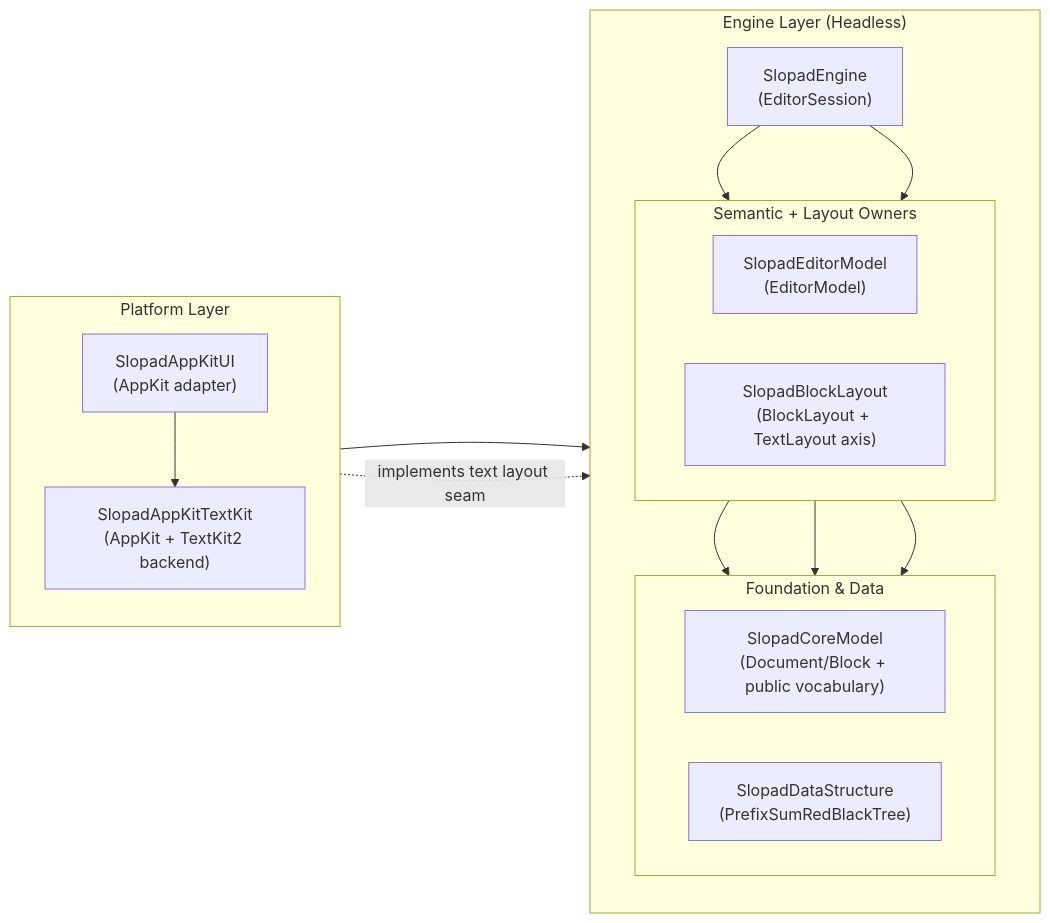
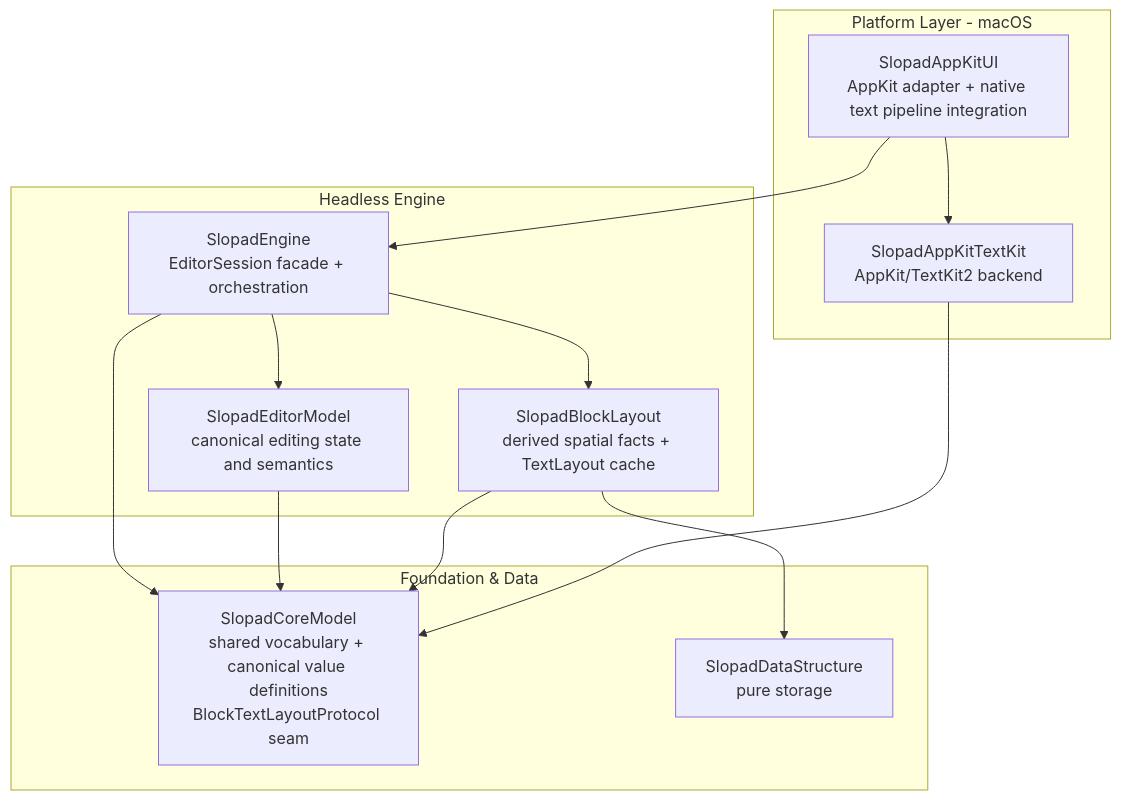
One commit to hot666666/Slopad changed the diagram in README.md. Above: the diagram before and after it, drawn with Mermaid. The commit also changed other lines of this file and 12 other files, not shown here.

Commit message:
docs: document platform and engine architecture

````diff
--- a/README.md
+++ b/README.md
@@ -58,37 +60,30 @@
 ```mermaid
-flowchart LR
-    subgraph EngineLayer["Engine Layer (Headless)"]
-        direction TB
-
-        Session["SlopadEngine<br/>(EditorSession)"]
-
-        subgraph RuntimeOwners["Semantic + Layout Owners"]
-            direction LR
-            Model["SlopadEditorModel<br/>(EditorModel)"]
-            Layout["SlopadBlockLayout<br/>(BlockLayout + TextLayout axis)"]
-        end
-
-        subgraph Foundation["Foundation & Data"]
-            direction LR
-            Core["SlopadCoreModel<br/>(Document/Block + public vocabulary)"]
-            DataStructure["SlopadDataStructure<br/>(PrefixSumRedBlackTree)"]
-        end
-
-        Session --> Model
-        Session --> Layout
-        Model --> Core
-        Layout --> Core
-        Layout --> DataStructure
+flowchart TB
+    subgraph Platform["Platform Layer - macOS"]
+        AppKitUI["SlopadAppKitUI<br/>AppKit adapter + native text pipeline integration"]
+        AppKitTextKit["SlopadAppKitTextKit<br/>AppKit/TextKit2 backend"]
     end
 
-    subgraph PlatformLayer["Platform Layer"]
-        direction TB
-        AppKitUI["SlopadAppKitUI<br/>(AppKit adapter)"]
-        TextKit["SlopadAppKitTextKit<br/>(AppKit + TextKit2 backend)"]
-
-        AppKitUI --> TextKit
+    subgraph Headless["Headless Engine"]
+        Engine["SlopadEngine<br/>EditorSession facade + orchestration"]
+        EditorModel["SlopadEditorModel<br/>canonical editing state and semantics"]
+        BlockLayout["SlopadBlockLayout<br/>derived spatial facts + TextLayout cache"]
     end
 
-    AppKitUI --> Session
-    TextKit -. implements text layout seam .-> Core
+    subgraph Foundation["Foundation & Data"]
+        CoreModel["SlopadCoreModel<br/>shared vocabulary + canonical value definitions<br/>BlockTextLayoutProtocol seam"]
+        DataStructure["SlopadDataStructure<br/>pure storage"]
+    end
+
+    AppKitUI --> Engine
+    AppKitUI --> AppKitTextKit
+
+    Engine --> EditorModel
+    Engine --> BlockLayout
+    Engine --> CoreModel
+
+    EditorModel --> CoreModel
+    BlockLayout --> CoreModel
+    BlockLayout --> DataStructure
+    AppKitTextKit --> CoreModel
 ```
````
